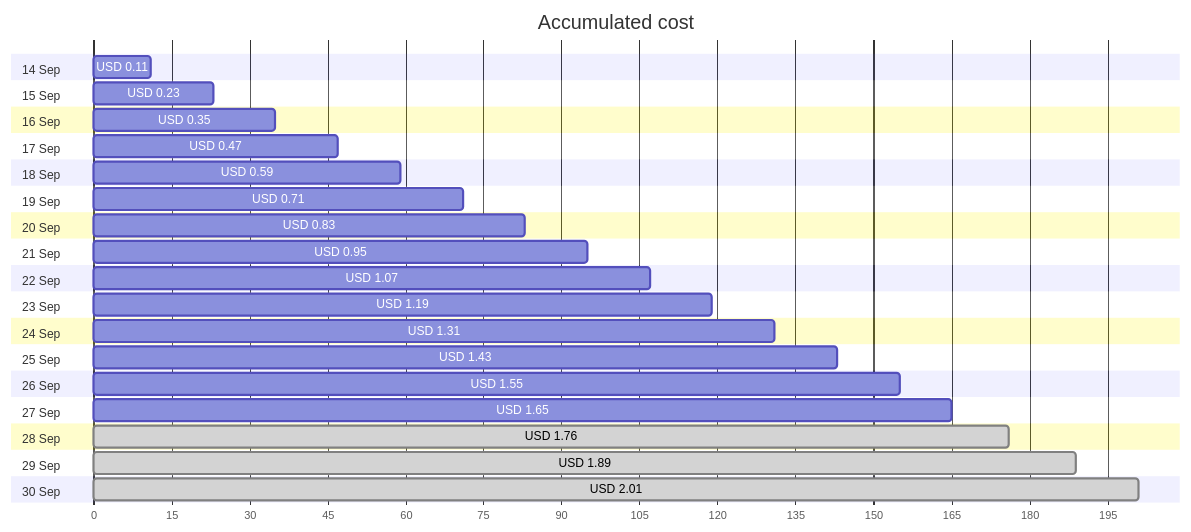
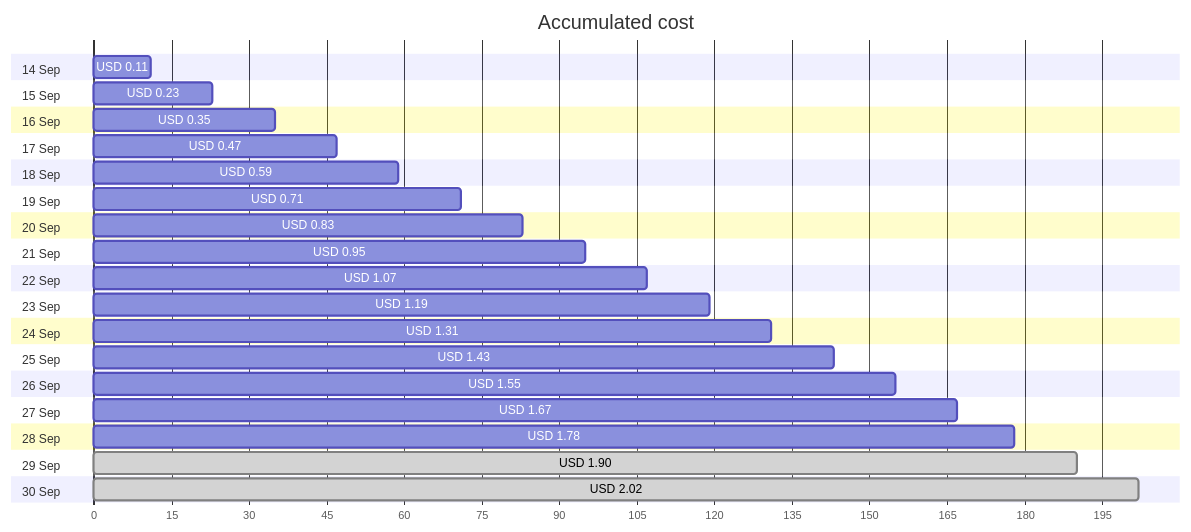
One commit to jpfulton/azure-personal-reports changed the first of 4 diagrams in cost-reports/personal-network/backup-server-public-ip.md. Above: the diagram before and after it, drawn with Mermaid. The commit also changed other lines of this file and 9 other files, not shown here.

````diff
--- a/cost-reports/personal-network/backup-server-public-ip.md
+++ b/cost-reports/personal-network/backup-server-public-ip.md
@@ -20,40 +20,40 @@
 ```mermaid
 gantt
    title Accumulated cost
    dateFormat  X
    axisFormat %s
    section 14 Sep
    USD 0.11 :0, 11
    section 15 Sep
    USD 0.23 :0, 23
    section 16 Sep
    USD 0.35 :0, 35
    section 17 Sep
    USD 0.47 :0, 47
    section 18 Sep
    USD 0.59 :0, 59
    section 19 Sep
    USD 0.71 :0, 71
    section 20 Sep
    USD 0.83 :0, 83
    section 21 Sep
    USD 0.95 :0, 95
    section 22 Sep
    USD 1.07 :0, 107
    section 23 Sep
    USD 1.19 :0, 119
    section 24 Sep
    USD 1.31 :0, 131
    section 25 Sep
    USD 1.43 :0, 143
    section 26 Sep
    USD 1.55 :0, 155
    section 27 Sep
-   USD 1.65 :0, 165
+   USD 1.67 :0, 167
    section 28 Sep
-   USD 1.76 : done, 0, 176
+   USD 1.78 :0, 178
    section 29 Sep
-   USD 1.89 : done, 0, 189
+   USD 1.90 : done, 0, 190
    section 30 Sep
-   USD 2.01 : done, 0, 201
+   USD 2.02 : done, 0, 202
 ```
````
